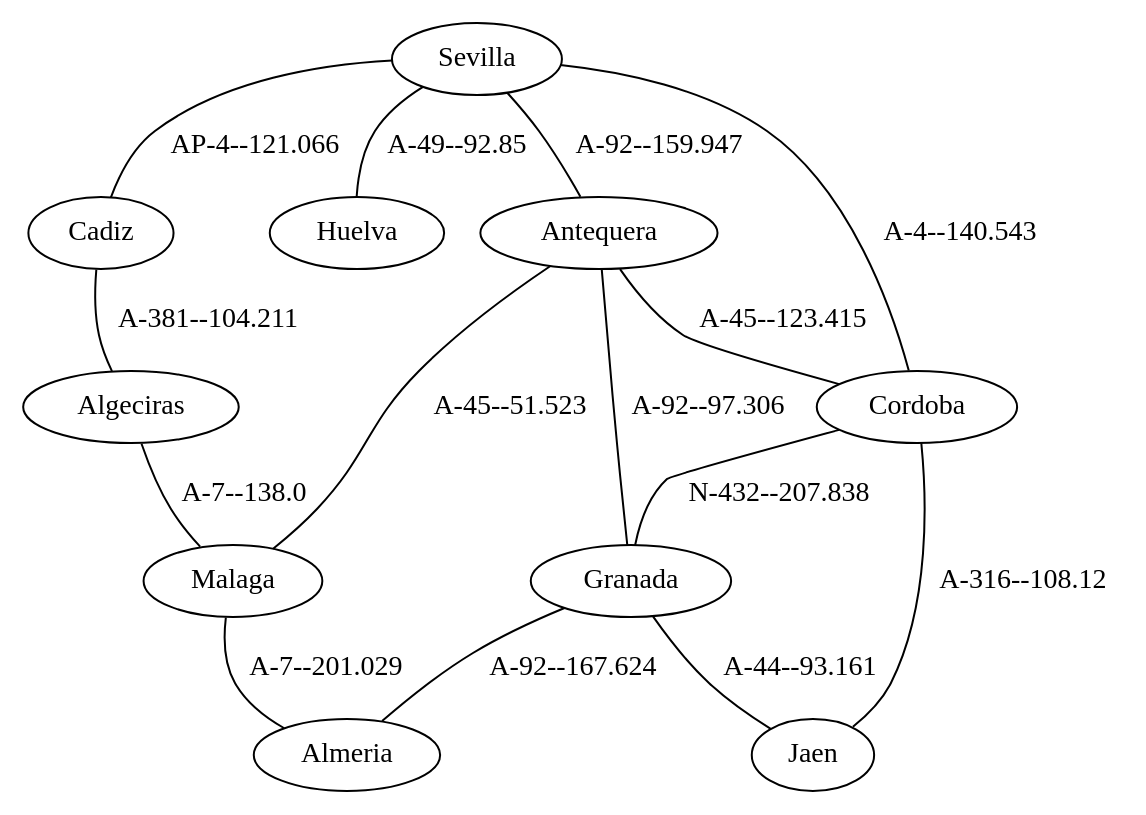
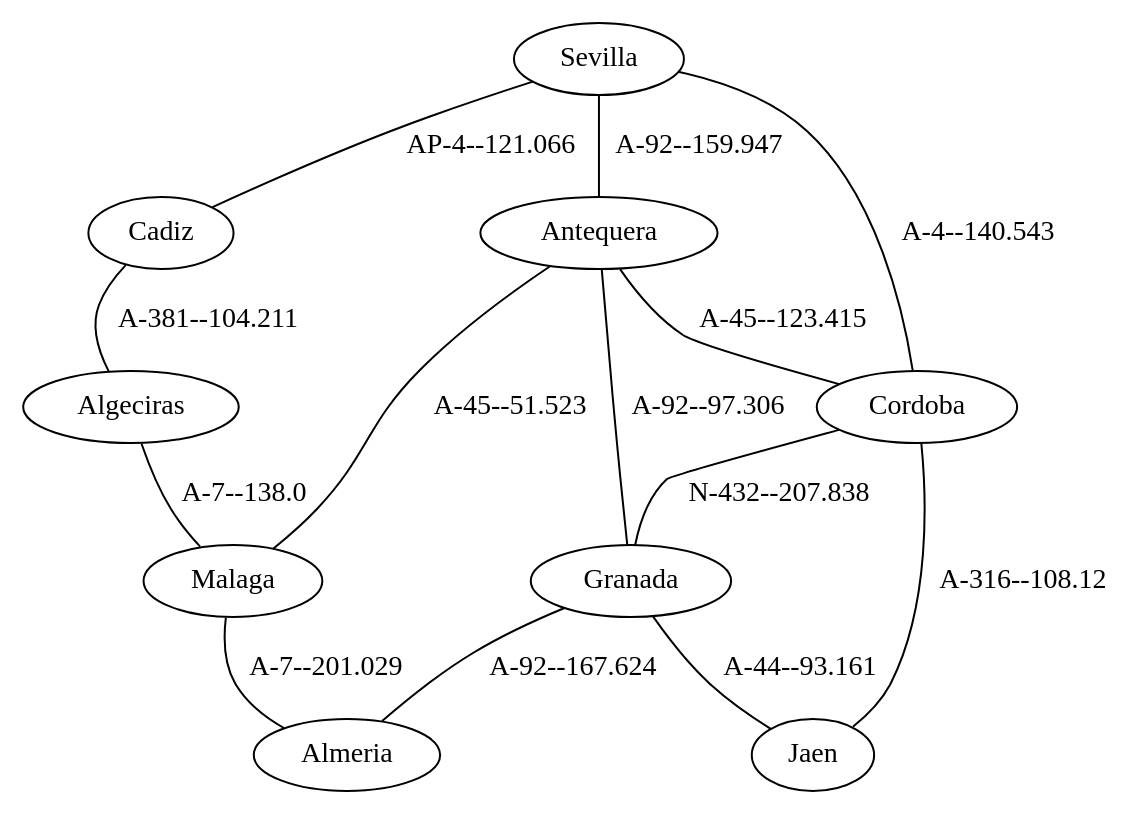
One commit to migueltoro/ada_v2_18 changed the diagram in java/EjemplosDeGrafos/ficheros/caminoMinimoAndalucia1.gv. Above: the diagram before and after it, drawn with Graphviz. The commit also changed 255 other files, not shown here.

```diff
--- a/java/EjemplosDeGrafos/ficheros/caminoMinimoAndalucia1.gv
+++ b/java/EjemplosDeGrafos/ficheros/caminoMinimoAndalucia1.gv
@@ -1,26 +1,24 @@
 strict graph G {
   1 [ label="Sevilla" ];
-  2 [ label="Cadiz" ];
-  3 [ label="Huelva" ];
+  2 [ label="Granada" ];
+  3 [ label="Cadiz" ];
   4 [ label="Cordoba" ];
   5 [ label="Malaga" ];
   6 [ label="Antequera" ];
   7 [ label="Almeria" ];
-  8 [ label="Granada" ];
-  9 [ label="Jaen" ];
-  10 [ label="Algeciras" ];
-  1 -- 3 [ label="A-49--92.85" ];
+  8 [ label="Jaen" ];
+  9 [ label="Algeciras" ];
   1 -- 4 [ label="A-4--140.543" ];
-  1 -- 2 [ label="AP-4--121.066" ];
+  1 -- 3 [ label="AP-4--121.066" ];
   1 -- 6 [ label="A-92--159.947" ];
-  6 -- 8 [ label="A-92--97.306" ];
+  6 -- 2 [ label="A-92--97.306" ];
   6 -- 5 [ label="A-45--51.523" ];
   6 -- 4 [ label="A-45--123.415" ];
   5 -- 7 [ label="A-7--201.029" ];
-  4 -- 9 [ label="A-316--108.12" ];
-  4 -- 8 [ label="N-432--207.838" ];
-  8 -- 7 [ label="A-92--167.624" ];
-  8 -- 9 [ label="A-44--93.161" ];
-  2 -- 10 [ label="A-381--104.211" ];
-  10 -- 5 [ label="A-7--138.0" ];
+  4 -- 8 [ label="A-316--108.12" ];
+  4 -- 2 [ label="N-432--207.838" ];
+  2 -- 7 [ label="A-92--167.624" ];
+  2 -- 8 [ label="A-44--93.161" ];
+  3 -- 9 [ label="A-381--104.211" ];
+  9 -- 5 [ label="A-7--138.0" ];
 }
```
